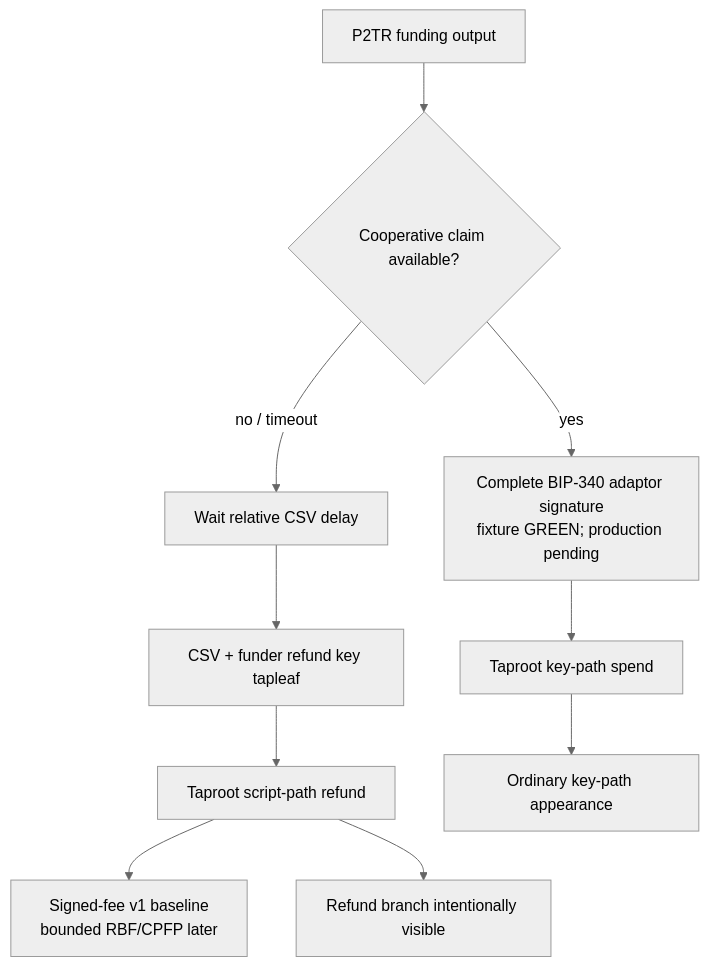
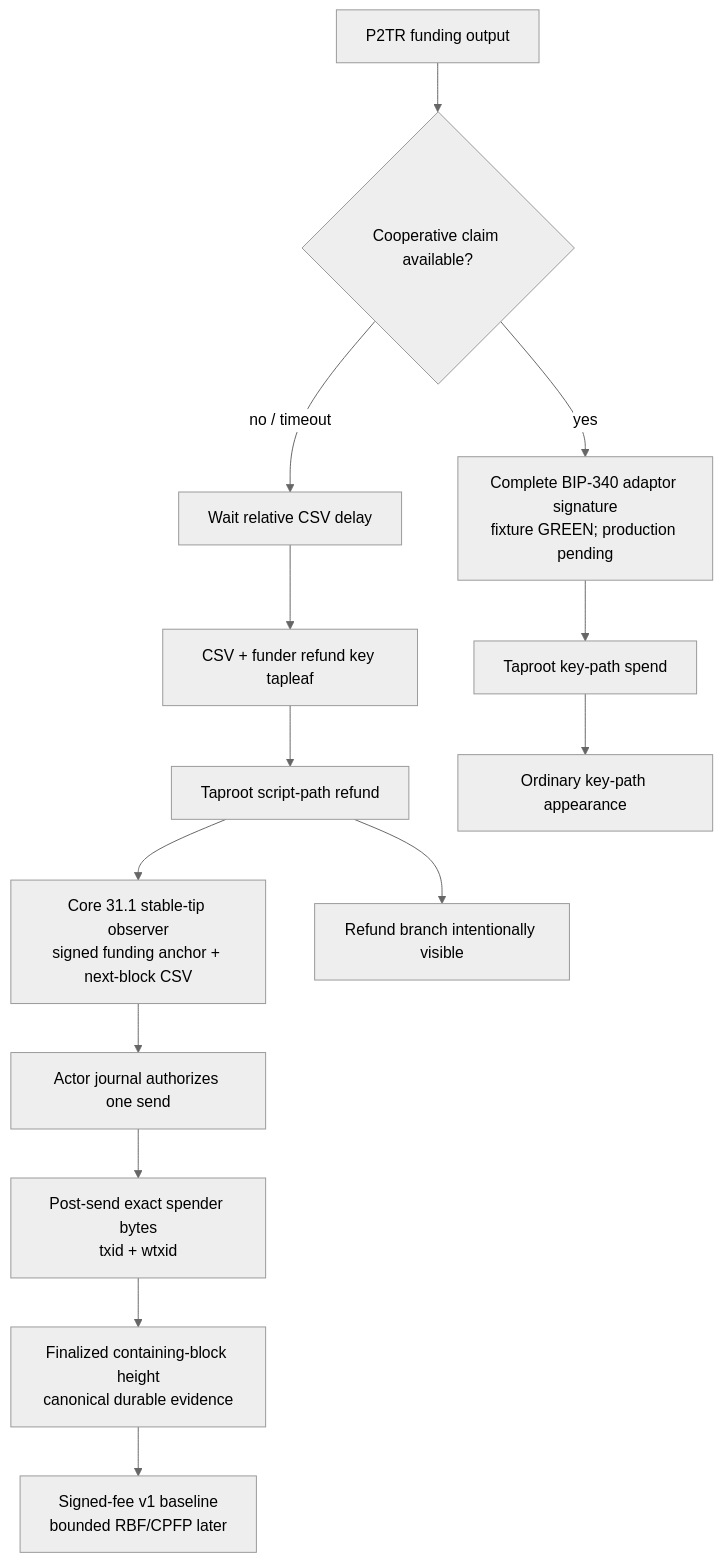
The diagram in docs/architecture/0009-bitcoin-refund-path.md (gateway-fm/lez-atomic-swaps), drawn with Mermaid (neutral theme) before and after one commit. The commit also changed other lines of this file and 12 other files, not shown here.

````diff
--- a/docs/architecture/0009-bitcoin-refund-path.md
+++ b/docs/architecture/0009-bitcoin-refund-path.md
@@ -5,12 +5,16 @@
 ```mermaid
 flowchart TB
     Funding["P2TR funding output"] --> KeyPath{"Cooperative claim available?"}
     KeyPath -->|"yes"| Adaptor["Complete BIP-340 adaptor signature<br/>fixture GREEN; production pending"]
     Adaptor --> Claim["Taproot key-path spend"]
     KeyPath -->|"no / timeout"| Delay["Wait relative CSV delay"]
     Delay --> Tapleaf["CSV + funder refund key tapleaf"]
     Tapleaf --> Refund["Taproot script-path refund"]
-    Refund --> Fee["Signed-fee v1 baseline<br/>bounded RBF/CPFP later"]
+    Refund --> Core["Core 31.1 stable-tip observer<br/>signed funding anchor + next-block CSV"]
+    Core --> Journal["Actor journal authorizes one send"]
+    Journal --> Readback["Post-send exact spender bytes<br/>txid + wtxid"]
+    Readback --> Evidence["Finalized containing-block height<br/>canonical durable evidence"]
+    Evidence --> Fee["Signed-fee v1 baseline<br/>bounded RBF/CPFP later"]
     Claim --> Privacy["Ordinary key-path appearance"]
     Refund --> Visible["Refund branch intentionally visible"]
 ```
````
